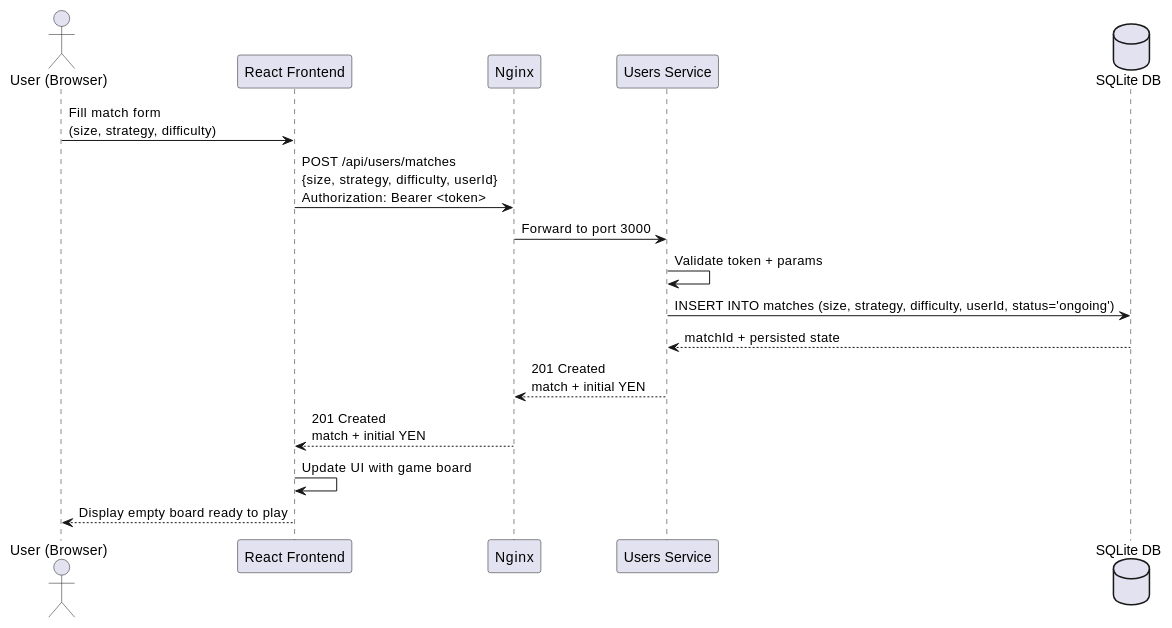
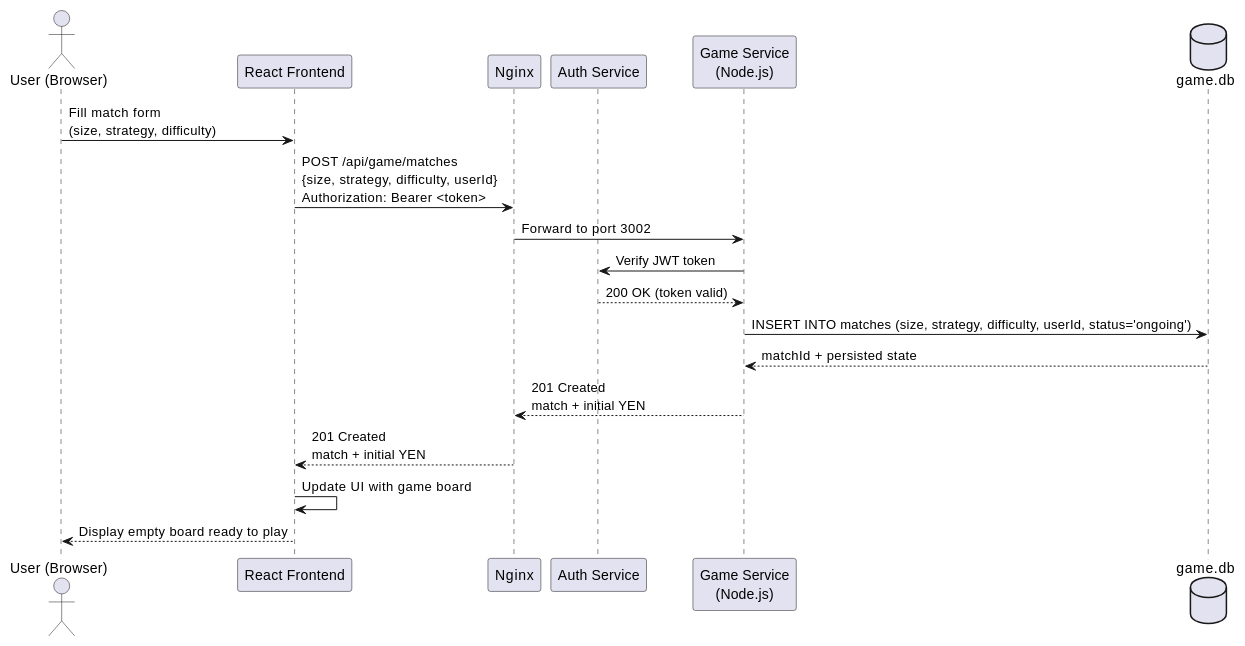
Before and after one commit to Arquisoft/yovi_es1c: the third of 6 diagrams in docs/src/06_runtime_view.adoc, drawn with PlantUML. The commit also changed other lines of this file and 11 other files, not shown here.

```diff
--- a/docs/src/06_runtime_view.adoc
+++ b/docs/src/06_runtime_view.adoc
@@ -80,19 +83,21 @@
 [plantuml, "runtime-create-match", png]
 ----
 actor "User (Browser)" as Human
 participant "React Frontend" as Frontend
 participant "Nginx" as Nginx
-participant "Users Service" as Users
-database "SQLite DB" as DB
+participant "Auth Service" as Auth
+participant "Game Service\n(Node.js)" as GameService
+database "game.db" as GameDB
 
 Human -> Frontend: Fill match form\n(size, strategy, difficulty)
-Frontend -> Nginx: POST /api/users/matches\n{size, strategy, difficulty, userId}\nAuthorization: Bearer <token>
-Nginx -> Users: Forward to port 3000
-Users -> Users: Validate token + params
-Users -> DB: INSERT INTO matches (size, strategy, difficulty, userId, status='ongoing')
-DB --> Users: matchId + persisted state
-Users --> Nginx: 201 Created\nmatch + initial YEN
+Frontend -> Nginx: POST /api/game/matches\n{size, strategy, difficulty, userId}\nAuthorization: Bearer <token>
+Nginx -> GameService: Forward to port 3002
+GameService -> Auth: Verify JWT token
+Auth --> GameService: 200 OK (token valid)
+GameService -> GameDB: INSERT INTO matches (size, strategy, difficulty, userId, status='ongoing')
+GameDB --> GameService: matchId + persisted state
+GameService --> Nginx: 201 Created\nmatch + initial YEN
 Nginx --> Frontend: 201 Created\nmatch + initial YEN
 Frontend -> Frontend: Update UI with game board
 Frontend --> Human: Display empty board ready to play
 ----
```
